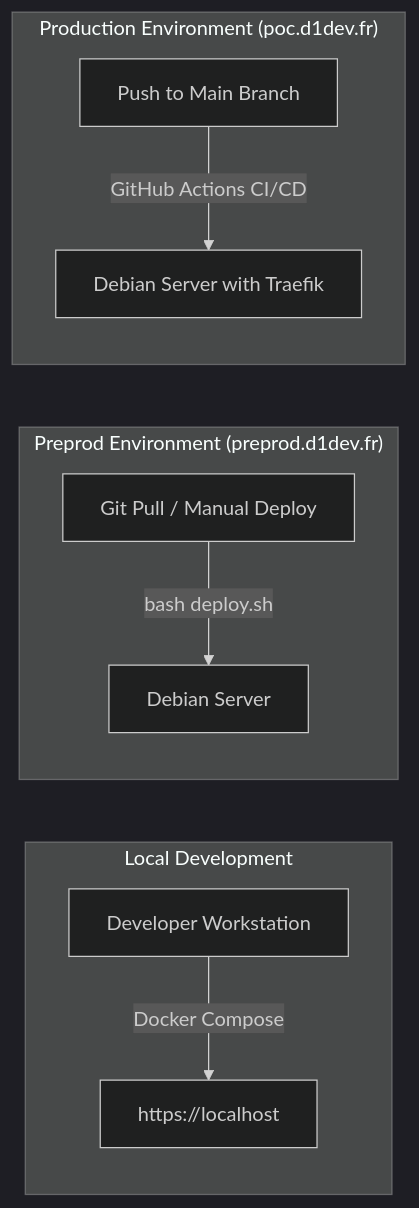
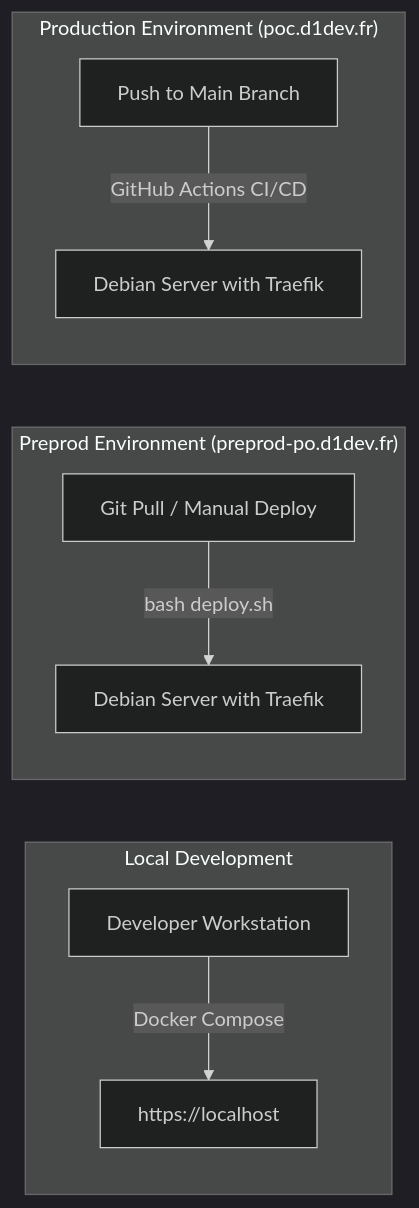
The first of 2 diagrams in backend/doc/deployment.md (ba-rem26007/poc), drawn with Mermaid (dark theme) before and after one commit. The commit also changed other lines of this file and 2 other files, not shown here.

Commit message:
feat: add preprod domain preprod-po.d1dev.fr to Caddy and Traefik router configurations

````diff
--- a/backend/doc/deployment.md
+++ b/backend/doc/deployment.md
@@ -5,14 +5,14 @@
 ```mermaid
 graph LR
     subgraph "Local Development"
         Dev[Developer Workstation] -->|Docker Compose| DevApp[https://localhost]
     end
 
-    subgraph "Preprod Environment (preprod.d1dev.fr)"
-        PreprodGit[Git Pull / Manual Deploy] -->|bash deploy.sh| PreprodServer[Debian Server]
+    subgraph "Preprod Environment (preprod-po.d1dev.fr)"
+        PreprodGit[Git Pull / Manual Deploy] -->|bash deploy.sh| PreprodServer[Debian Server with Traefik]
     end
 
     subgraph "Production Environment (poc.d1dev.fr)"
         MainBranch[Push to Main Branch] -->|GitHub Actions CI/CD| ProdServer[Debian Server with Traefik]
     end
 ```
````
